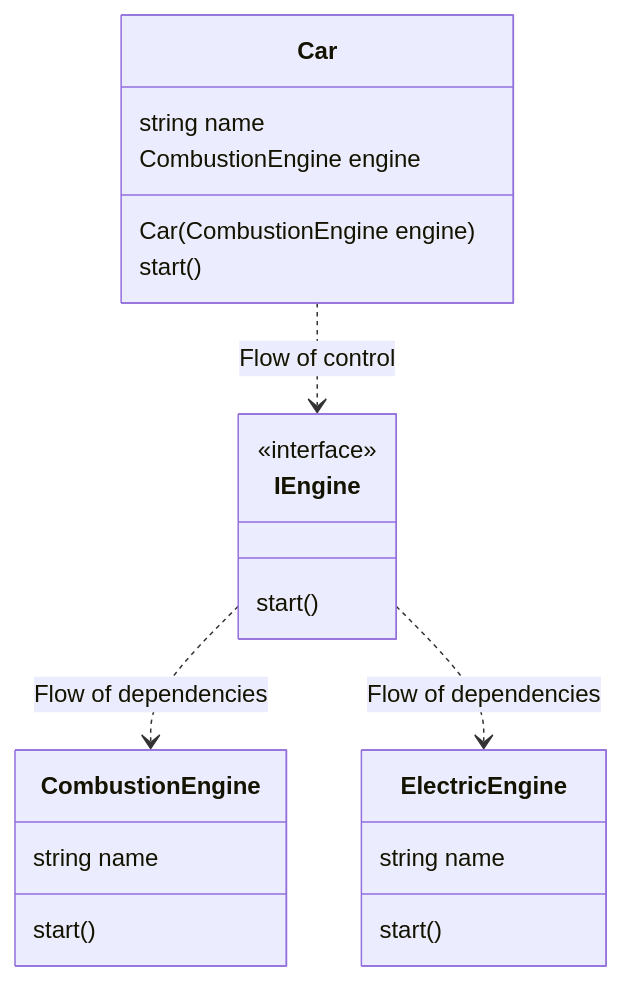
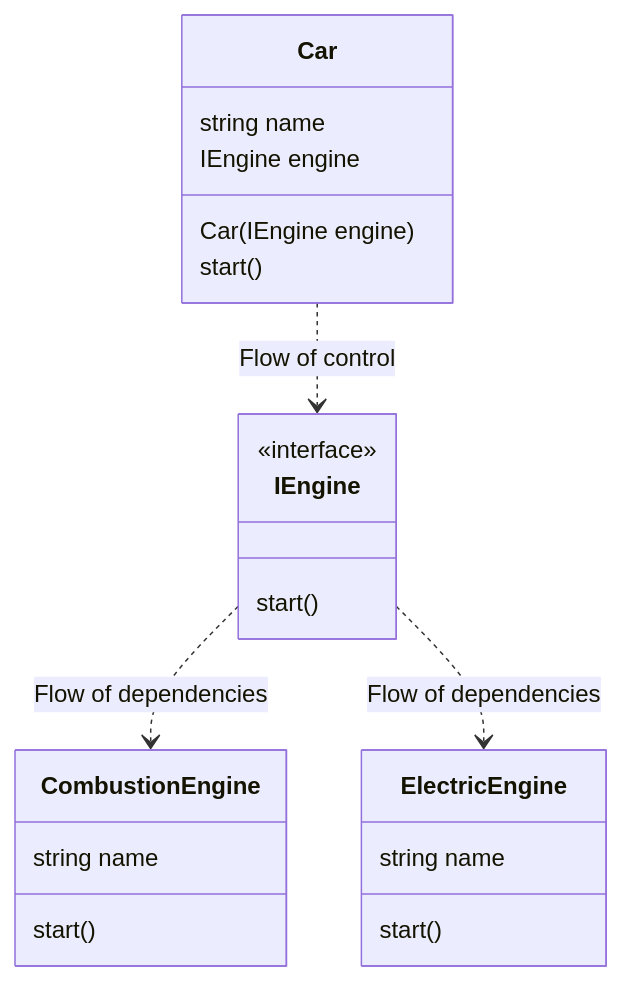
Before and after one commit to MehediMayall/uml: the second of 2 diagrams in src/C#/SOLID/DependencyInversion/DependencyInversion.md, drawn with Mermaid.

````diff
--- a/src/C#/SOLID/DependencyInversion/DependencyInversion.md
+++ b/src/C#/SOLID/DependencyInversion/DependencyInversion.md
@@ -33,29 +33,29 @@
 ```mermaid
 classDiagram
 
     class IEngine{
         <<interface>>
         start()
     }
 
     class Car{
         string name
-        CombustionEngine engine
-        Car(CombustionEngine engine)
+        IEngine engine
+        Car(IEngine engine)
         start()
     }
 
     class CombustionEngine{
         string name
         start()
     }
     class ElectricEngine{
         string name
         start()
     }
 
     Car..>IEngine: Flow of control
     IEngine..>CombustionEngine: Flow of dependencies
     IEngine..>ElectricEngine: Flow of dependencies
 
 ```
````
